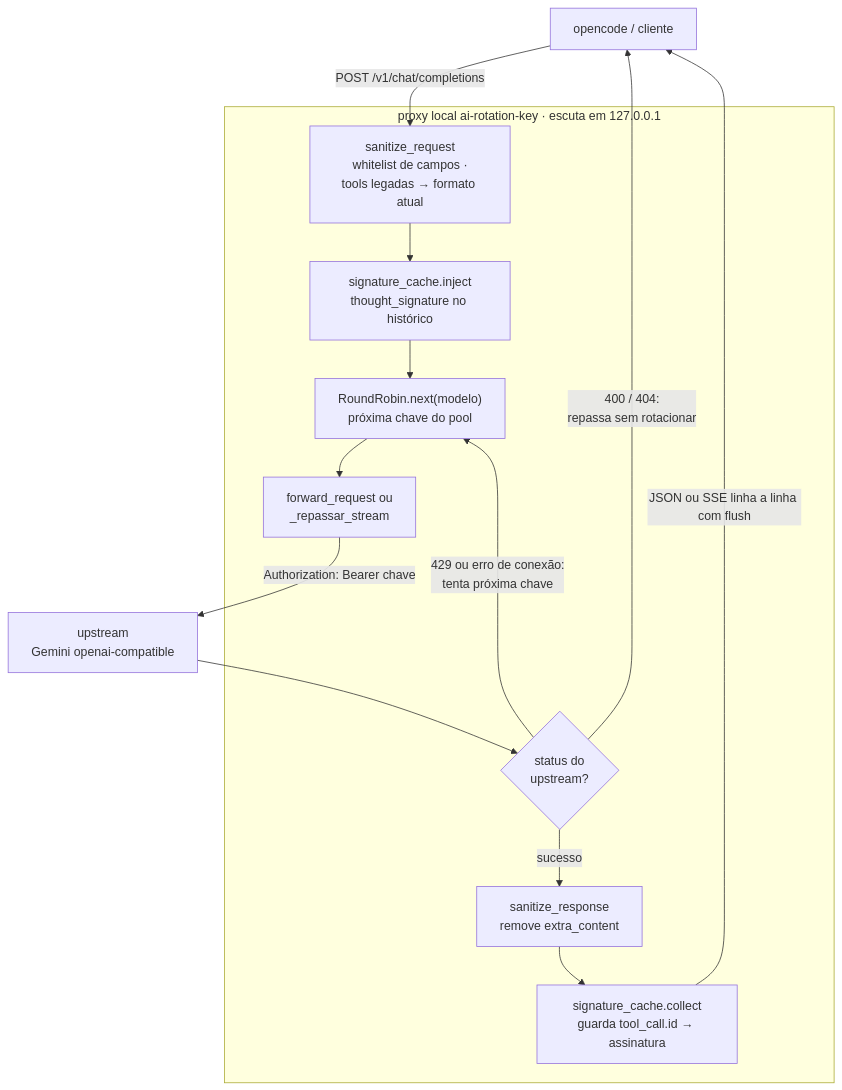
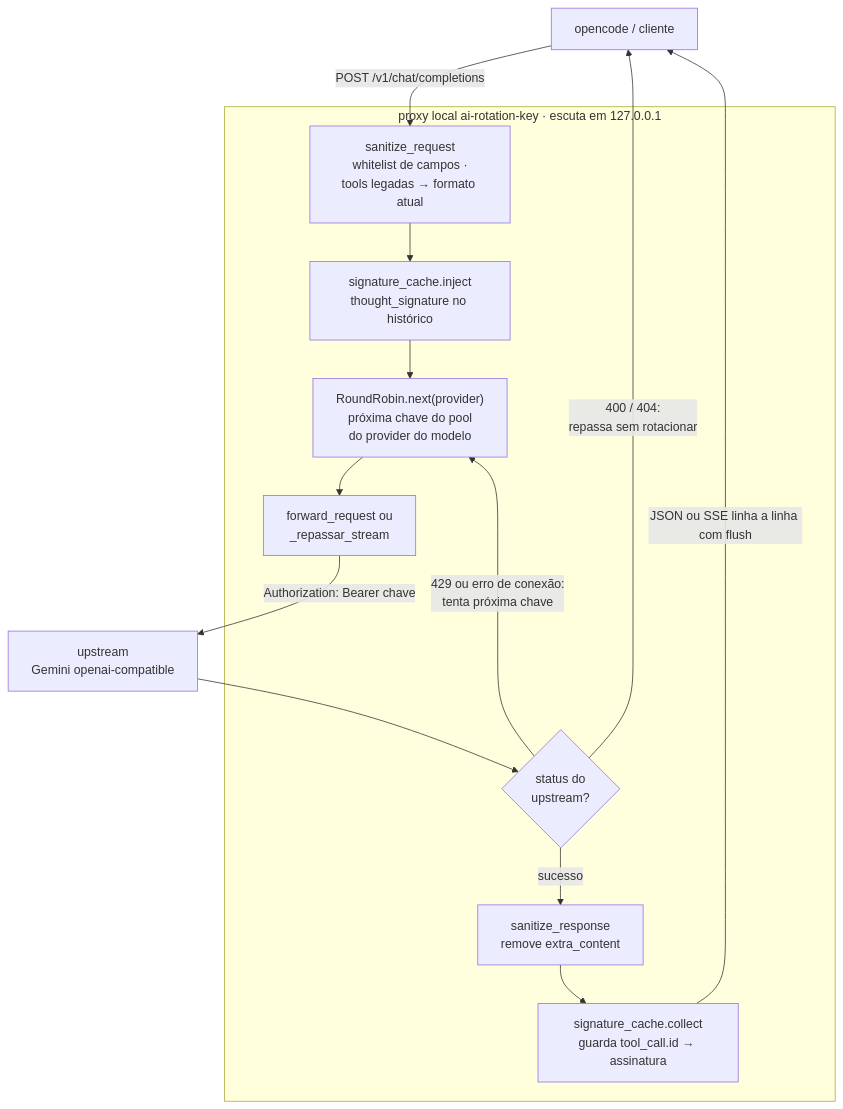
The diagram in docs/arquitetura.md (brunodavi/ai-rotation-key), drawn with Mermaid before and after one commit. The commit also changed other lines of this file and 2 other files, not shown here.

Commit message:
docs: formato multi-provider do config v0.2.0

````diff
--- a/docs/arquitetura.md
+++ b/docs/arquitetura.md
@@ -7,28 +7,28 @@
 ```mermaid
 flowchart TD
     cli["opencode / cliente"]
 
     subgraph proxy["proxy local ai-rotation-key · escuta em 127.0.0.1"]
         sr["sanitize_request<br/>whitelist de campos ·<br/>tools legadas → formato atual"]
         inj["signature_cache.inject<br/>thought_signature no histórico"]
-        rr["RoundRobin.next(modelo)<br/>próxima chave do pool"]
+        rr["RoundRobin.next(provider)<br/>próxima chave do pool<br/>do provider do modelo"]
         send["forward_request ou<br/>_repassar_stream"]
         st{"status do<br/>upstream?"}
         col["sanitize_response<br/>remove extra_content"]
         sig["signature_cache.collect<br/>guarda tool_call.id → assinatura"]
     end
 
     up["upstream<br/>Gemini openai-compatible"]
 
     cli -- "POST /v1/chat/completions" --> sr
     sr --> inj
     inj --> rr
     rr --> send
     send -- "Authorization: Bearer chave" --> up
     up --> st
     st -- "429 ou erro de conexão:<br/>tenta próxima chave" --> rr
     st -- "400 / 404:<br/>repassa sem rotacionar" --> cli
     st -- "sucesso" --> col
     col --> sig
     sig -- "JSON ou SSE linha a linha com flush" --> cli
 ```
````
